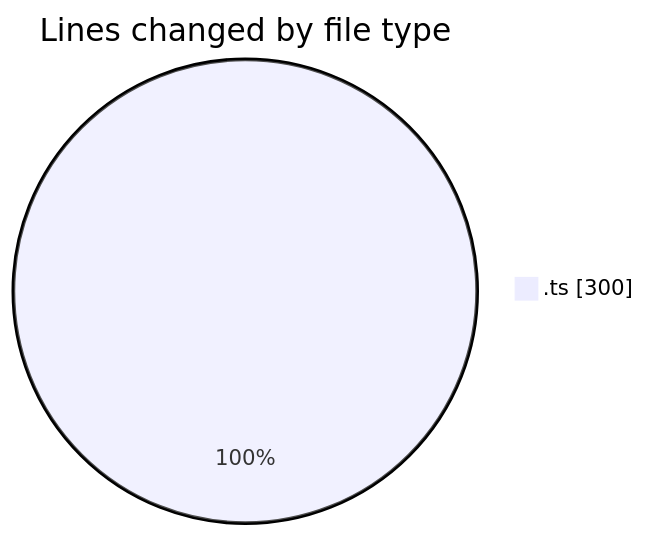
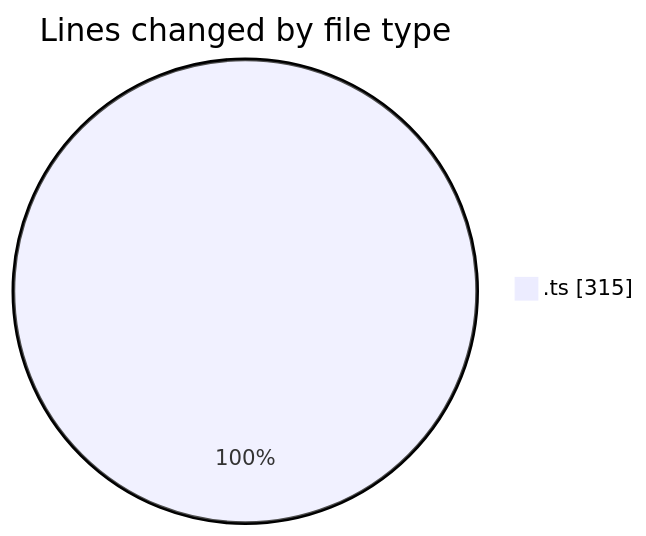
Before and after one commit to momahboobian/code-tracking: the first of 2 diagrams in 2025-08-01/cda/README.md, drawn with Mermaid. The commit also changed other lines of this file and 1 other file, not shown here.

````diff
--- a/2025-08-01/cda/README.md
+++ b/2025-08-01/cda/README.md
@@ -20,5 +20,5 @@
 ```mermaid
 pie showData
 title Lines changed by file type
-".ts" : 300
+".ts" : 315
 ```
````
